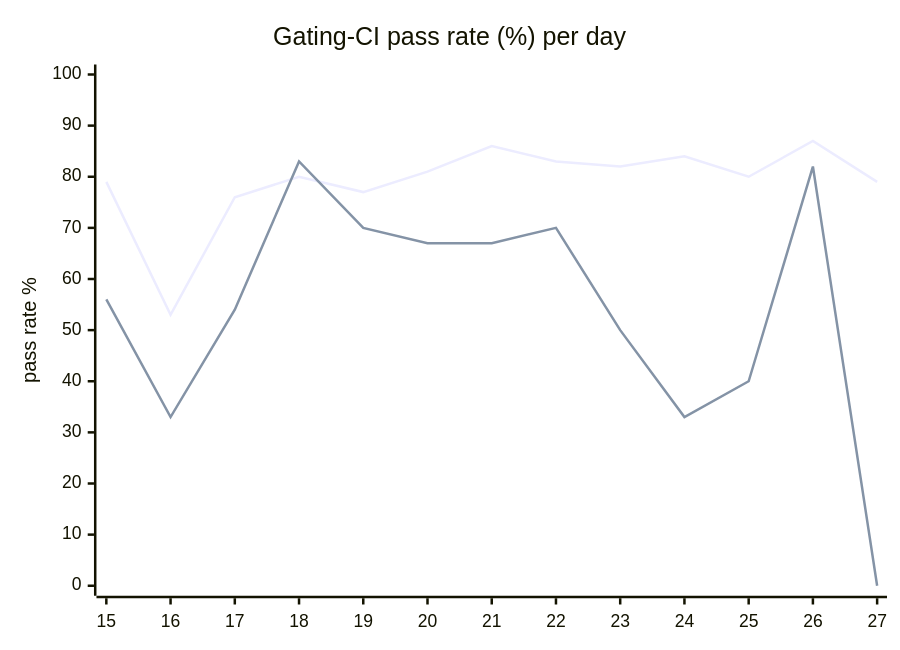
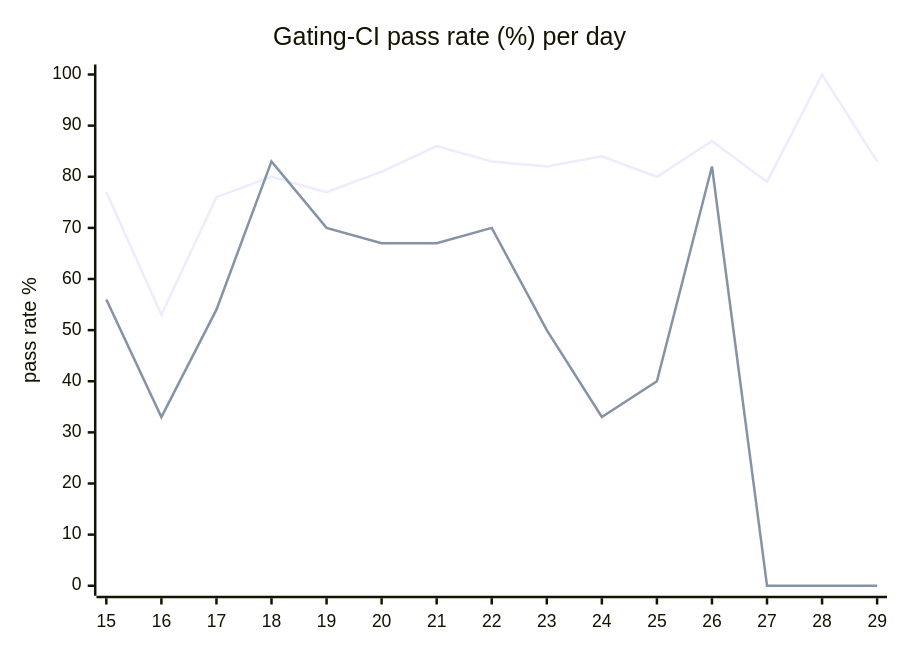
One commit to hatchet-dev/hatchet changed the diagram in hack/ci/ci-dashboard/staging/issue.md. Above: the diagram before and after it, drawn with Mermaid. The commit also changed other lines of this file, not shown here.

````diff
--- a/hack/ci/ci-dashboard/staging/issue.md
+++ b/hack/ci/ci-dashboard/staging/issue.md
@@ -9,8 +9,8 @@
 ```mermaid
 xychart-beta
   title "Gating-CI pass rate (%) per day"
-  x-axis [15, 16, 17, 18, 19, 20, 21, 22, 23, 24, 25, 26, 27]
+  x-axis [15, 16, 17, 18, 19, 20, 21, 22, 23, 24, 25, 26, 27, 28, 29]
   y-axis "pass rate %" 0 --> 100
-  line "CI" [79, 53, 76, 80, 77, 81, 86, 83, 82, 84, 80, 87, 79]
-  line "main" [56, 33, 54, 83, 70, 67, 67, 70, 50, 33, 40, 82, 0]
+  line "CI" [77, 53, 76, 80, 77, 81, 86, 83, 82, 84, 80, 87, 79, 100, 83]
+  line "main" [56, 33, 54, 83, 70, 67, 67, 70, 50, 33, 40, 82, 0, 0, 0]
 ```
````
